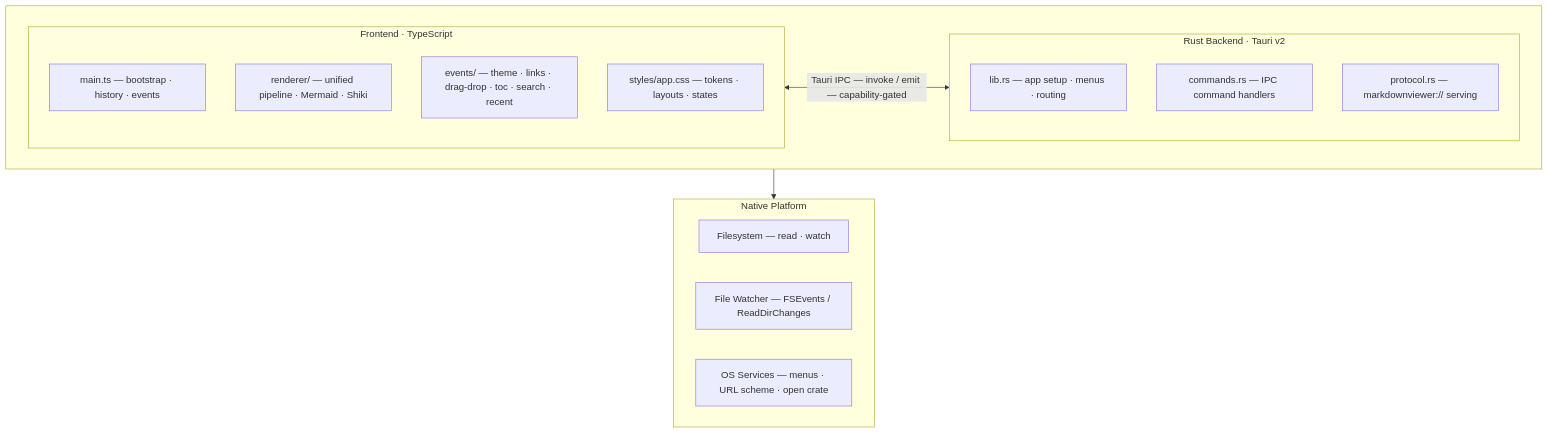
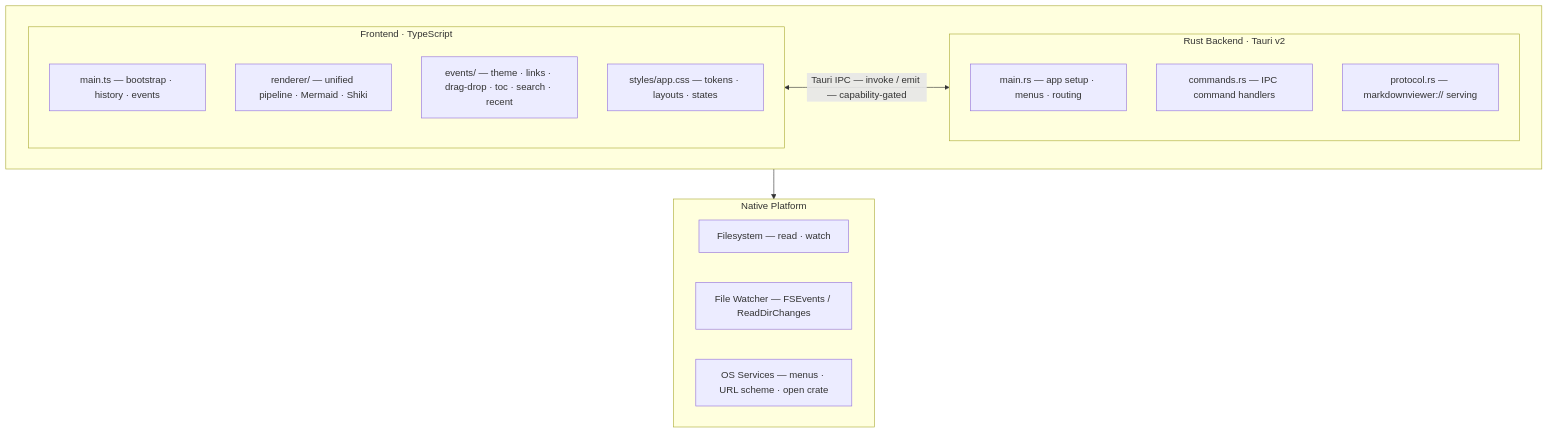
The second of 2 diagrams in docs/product-summary.md (hikumar01/MarkdownViewer), drawn with Mermaid before and after one commit. The commit also changed other lines of this file and 24 other files, not shown here.

````diff
--- a/docs/product-summary.md
+++ b/docs/product-summary.md
@@ -284,29 +341,29 @@
 ```mermaid
 flowchart TB
     subgraph APP[" "]
         direction LR
         subgraph FE["Frontend · TypeScript"]
             direction TB
             main["main.ts — bootstrap · history · events"]
             renderer["renderer/ — unified pipeline · Mermaid · Shiki"]
             ev["events/ — theme · links · drag-drop · toc · search · recent"]
             css["styles/app.css — tokens · layouts · states"]
         end
         subgraph BE["Rust Backend · Tauri v2"]
             direction TB
-            lib["lib.rs — app setup · menus · routing"]
+            mainrs["main.rs — app setup · menus · routing"]
             cmds["commands.rs — IPC command handlers"]
             proto["protocol.rs — markdownviewer:// serving"]
         end
         FE <-->|"Tauri IPC — invoke / emit — capability-gated"| BE
     end
 
     subgraph OS["Native Platform"]
         direction LR
         fs["Filesystem — read · watch"]
         fw["File Watcher — FSEvents / ReadDirChanges"]
         svc["OS Services — menus · URL scheme · open crate"]
     end
 
     APP --> OS
 ```
````
